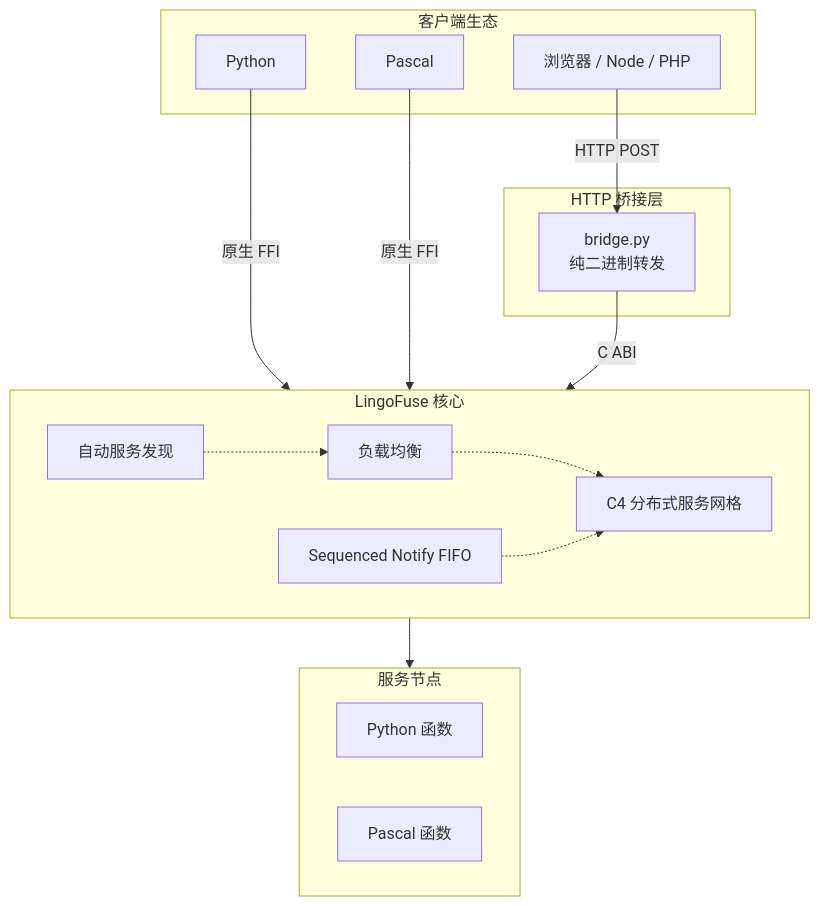
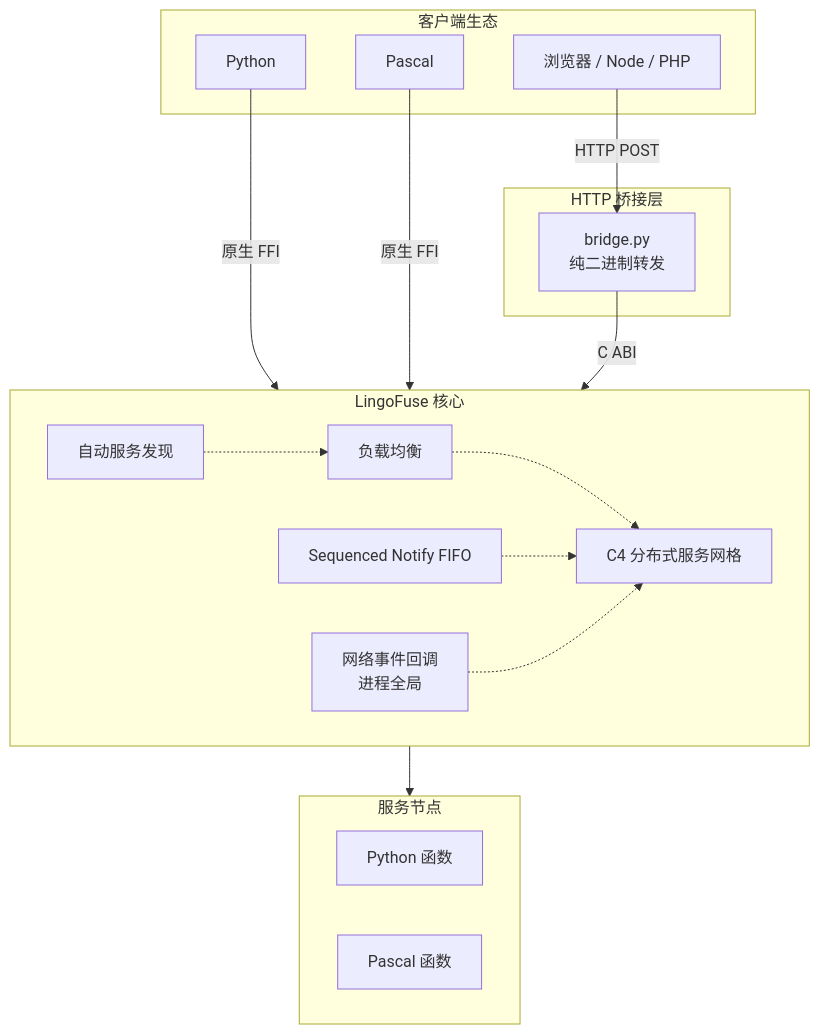
Before and after one commit to PassByYou888/LingoFuse: the second of 20 diagrams in Py/LingoFuse_Python_Binding_Migration_Record.md, drawn with Mermaid. The commit also changed other lines of this file, not shown here.

````diff
--- a/Py/LingoFuse_Python_Binding_Migration_Record.md
+++ b/Py/LingoFuse_Python_Binding_Migration_Record.md
@@ -77,33 +85,35 @@
 ```mermaid
 flowchart TB
     subgraph Clients["客户端生态"]
         Py["Python"]
         Pas["Pascal"]
         Web["浏览器 / Node / PHP"]
     end
 
     subgraph Gateway["HTTP 桥接层"]
         Flask["bridge.py<br/>纯二进制转发"]
     end
 
     subgraph Core["LingoFuse 核心"]
         C4Grid["C4 分布式服务网格"]
         Discovery["自动服务发现"]
         LB["负载均衡"]
         Seq["Sequenced Notify FIFO"]
+        NetEvent["网络事件回调<br/>进程全局"]
     end
 
     subgraph Nodes["服务节点"]
         PyNode["Python 函数"]
         PasNode["Pascal 函数"]
     end
 
     Py -->|原生 FFI| Core
     Pas -->|原生 FFI| Core
     Web -->|HTTP POST| Flask
     Flask -->|C ABI| Core
     Core --> Nodes
     Discovery -.-> LB
     LB -.-> C4Grid
     Seq -.-> C4Grid
+    NetEvent -.-> C4Grid
 ```
````
